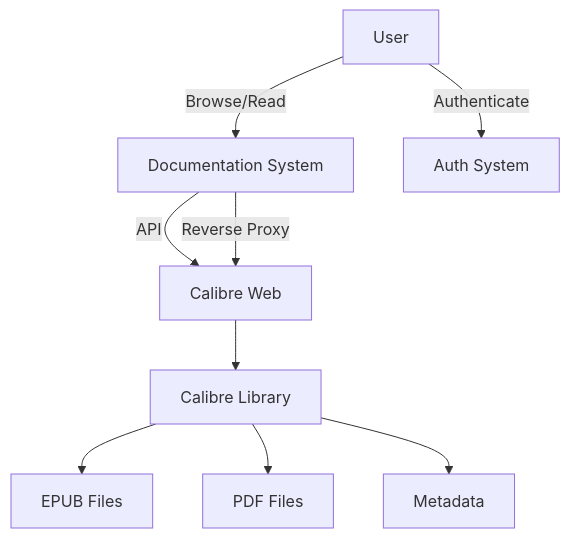
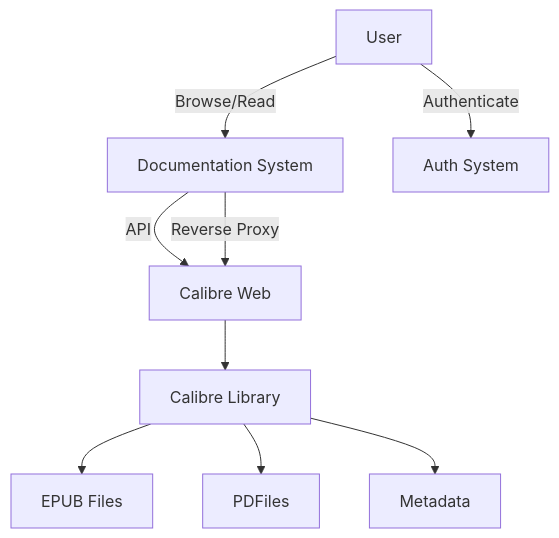
Before and after one commit to sandraschi/mywienerlinien: the diagram in .windsurf/docs/5_development/integrations/ebook_library.md, drawn with Mermaid. The commit also changed other lines of this file and 9955 other files, not shown here.

````diff
--- a/.windsurf/docs/5_development/integrations/ebook_library.md
+++ b/.windsurf/docs/5_development/integrations/ebook_library.md
@@ -18,11 +18,10 @@
 ```mermaid
 graph TD
     A[Documentation System] -->|API| B[Calibre Web]
-    A -->|Reverse Proxy| B
-    B --> C[Calibre Library]
+    A -->|Reverse Proxy| B --> C[Calibre Library]
     C --> D[EPUB Files]
-    C --> E[PDF Files]
+    C --> E[PDFiles]
     C --> F[Metadata]
     G[User] -->|Browse/Read| A
     G -->|Authenticate| H[Auth System]
 ```
````
